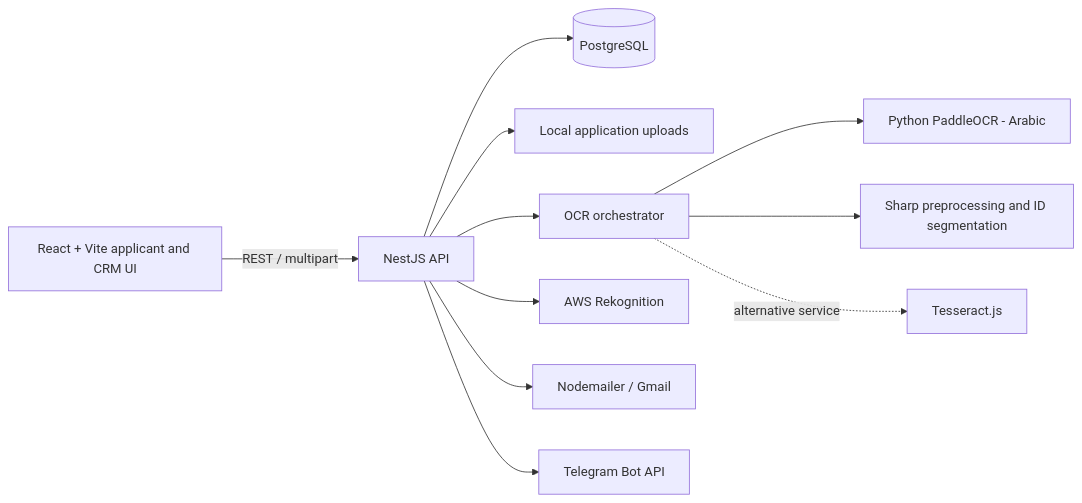
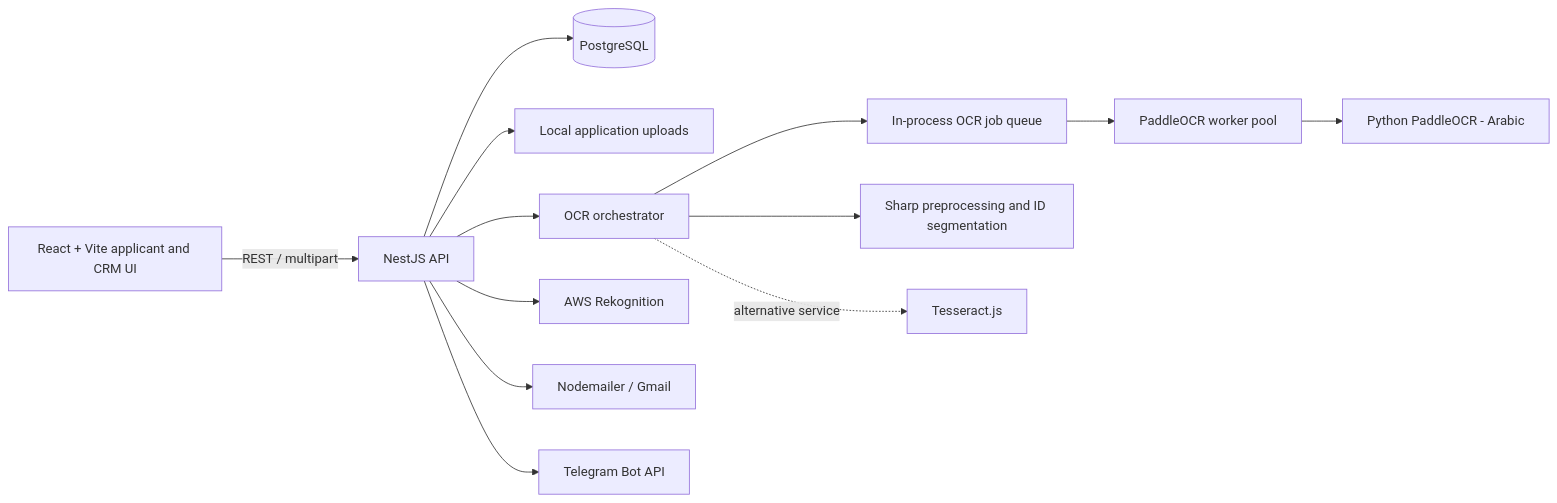
The diagram in README.md (abdelrahman-m123/NBE_Onboarding_Redesign), drawn with Mermaid before and after one commit. The commit also changed other lines of this file and 22 other files, not shown here.

````diff
--- a/README.md
+++ b/README.md
@@ -34,13 +34,15 @@
 ```mermaid
 flowchart LR
     Browser[React + Vite applicant and CRM UI] -->|REST / multipart| API[NestJS API]
     API --> DB[(PostgreSQL)]
     API --> Files[Local application uploads]
     API --> OCR[OCR orchestrator]
-    OCR --> Paddle[Python PaddleOCR - Arabic]
+    OCR --> Queue[In-process OCR job queue]
+    Queue --> Workers[PaddleOCR worker pool]
+    Workers --> Paddle[Python PaddleOCR - Arabic]
     OCR --> Image[Sharp preprocessing and ID segmentation]
     OCR -. alternative service .-> Tess[Tesseract.js]
     API --> Rekognition[AWS Rekognition]
     API --> Email[Nodemailer / Gmail]
     API --> Telegram[Telegram Bot API]
 ```
````
